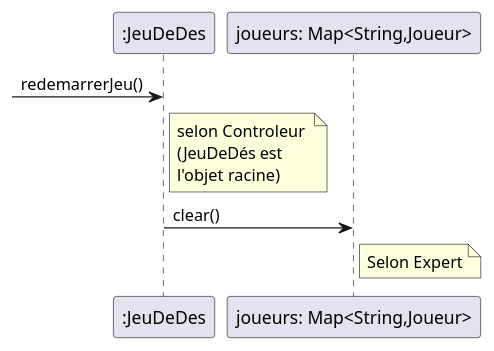
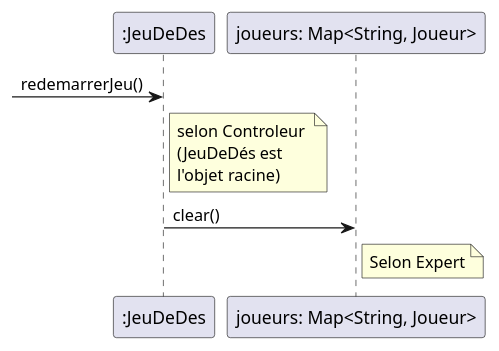
The diagram in docs/modeles/rdcu-redemarrerJeu.puml (cc-probitaille/laboratoire-0-dion131202), drawn with PlantUML before and after one commit. The commit also changed 11 other files, not shown here.

```diff
--- a/docs/modeles/rdcu-redemarrerJeu.puml
+++ b/docs/modeles/rdcu-redemarrerJeu.puml
@@ -1,20 +1,20 @@
 @startuml
 
 participant ":JeuDeDes"
-participant "joueurs: Map<String,Joueur>"
+participant "joueurs: Map<String, Joueur>"
 
 -> ":JeuDeDes" : redemarrerJeu()
 
 note right of ":JeuDeDes"
     selon Controleur 
     (JeuDeDés est 
     l'objet racine)
 end note
 
-":JeuDeDes" -> "joueurs: Map<String,Joueur>" : clear()
+":JeuDeDes" -> "joueurs: Map<String, Joueur>" : clear()
 
-note right of "joueurs: Map<String,Joueur>"
+note right of "joueurs: Map<String, Joueur>"
     Selon Expert
 end note
 
 @enduml
```
